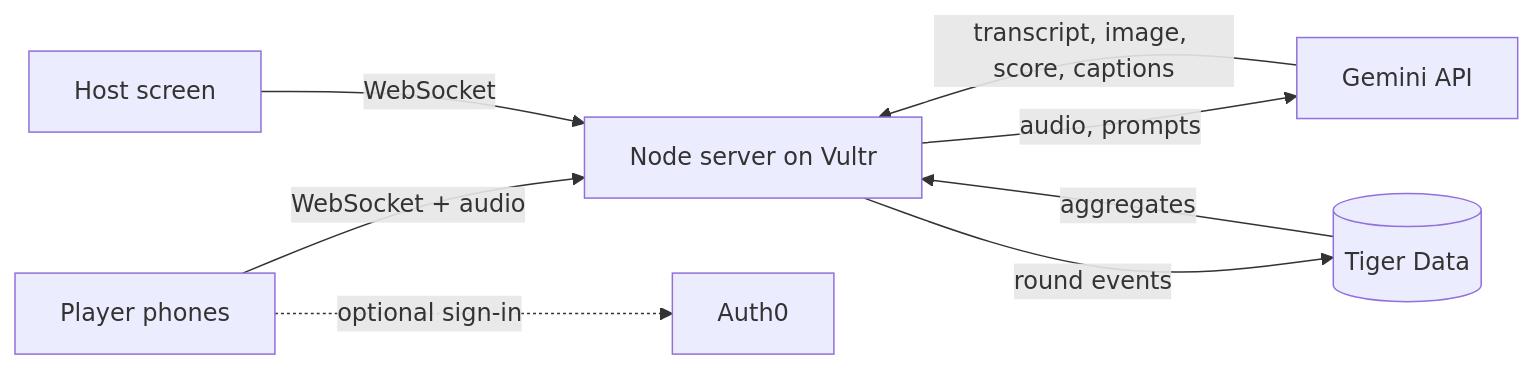
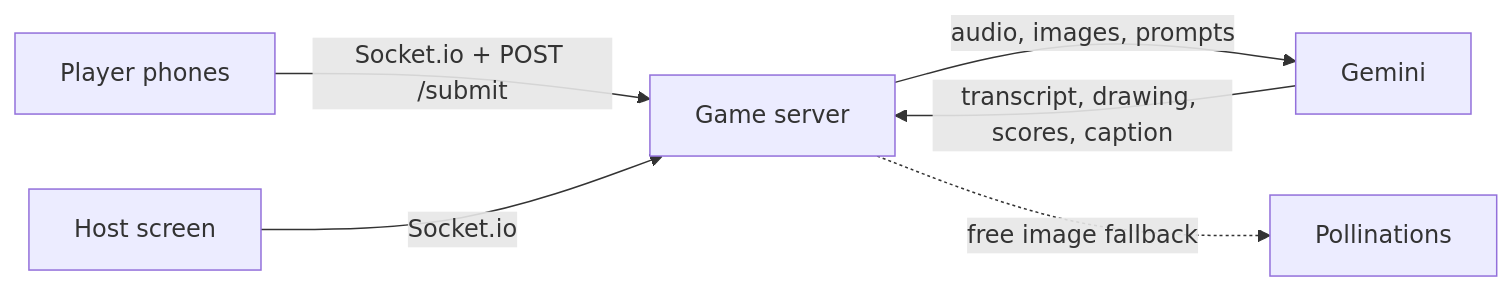
Before and after one commit to samanglo814/Promptionary: the second of 2 diagrams in README.md, drawn with Mermaid. The commit also changed other lines of this file, not shown here.

First line of the commit message:
Rewrite README around the shipped game instead of the original pitch

````diff
--- a/README.md
+++ b/README.md
@@ -65,10 +75,8 @@
 ```mermaid
 flowchart LR
-    P[Player phones] -- WebSocket + audio --> S[Node server on Vultr]
-    H[Host screen] -- WebSocket --> S
-    S -- audio, prompts --> G[Gemini API]
-    G -- transcript, image, score, captions --> S
-    S -- round events --> T[(Tiger Data)]
-    T -- aggregates --> S
-    P -. optional sign-in .-> A[Auth0]
+    P[Player phones] -- Socket.io + POST /submit --> S[Game server]
+    H[Host screen] -- Socket.io --> S
+    S -- audio, images, prompts --> G[Gemini]
+    S -. free image fallback .-> PO[Pollinations]
+    G -- transcript, drawing, scores, caption --> S
 ```
````
